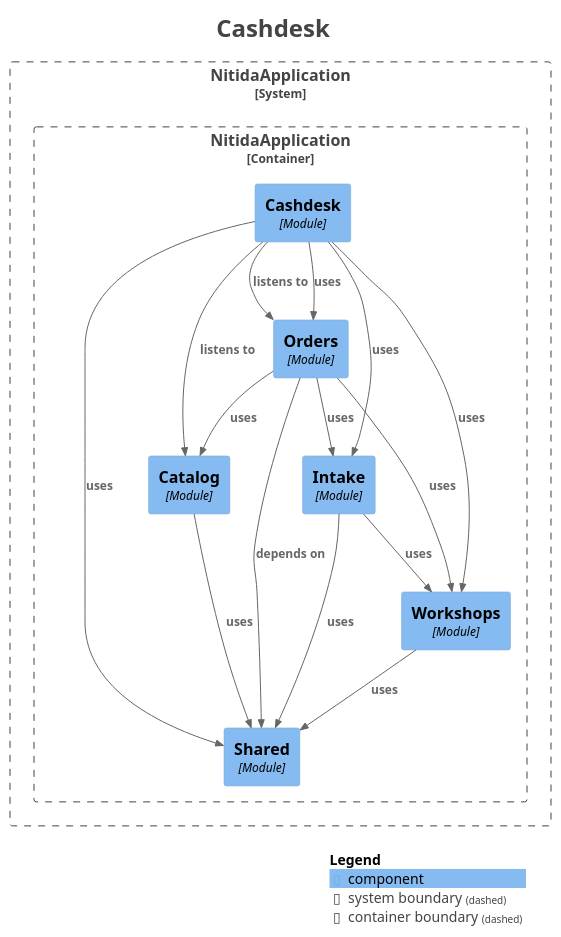
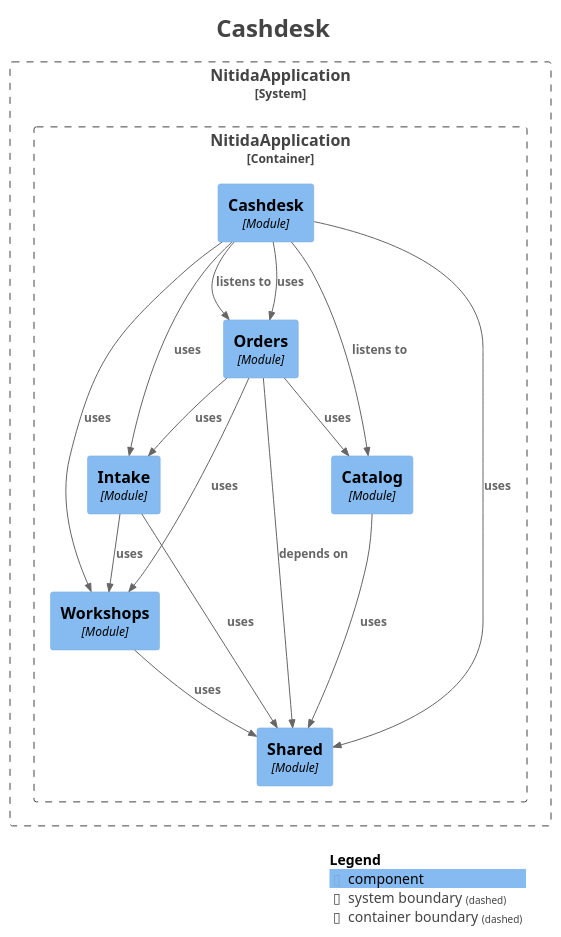
One commit to Nicolas-12000/Nitida changed the diagram in docs/modulos/module-cashdesk.puml. Above: the diagram before and after it, drawn with PlantUML. The commit also changed other lines of this file and 13 other files, not shown here.

```diff
--- a/docs/modulos/module-cashdesk.puml
+++ b/docs/modulos/module-cashdesk.puml
@@ -1,47 +1,47 @@
 @startuml
 title <size:24>Cashdesk</size>
 
 set separator none
 top to bottom direction
 
 <style>
   root {
     BackgroundColor: #ffffff
     FontColor: #444444
   }
 </style>
 
 !include <C4/C4>
 !include <C4/C4_Context>
 !include <C4/C4_Component>
 
 System_Boundary("NitidaApplication_boundary", "NitidaApplication", $tags="") {
   Container_Boundary("NitidaApplication.NitidaApplication_boundary", "NitidaApplication", $tags="") {
+    Component(NitidaApplication.NitidaApplication.Intake, "Intake", $techn="Module", $descr="", $tags="", $link="")
     Component(NitidaApplication.NitidaApplication.Orders, "Orders", $techn="Module", $descr="", $tags="", $link="")
     Component(NitidaApplication.NitidaApplication.Cashdesk, "Cashdesk", $techn="Module", $descr="", $tags="", $link="")
     Component(NitidaApplication.NitidaApplication.Shared, "Shared", $techn="Module", $descr="", $tags="", $link="")
     Component(NitidaApplication.NitidaApplication.Catalog, "Catalog", $techn="Module", $descr="", $tags="", $link="")
     Component(NitidaApplication.NitidaApplication.Workshops, "Workshops", $techn="Module", $descr="", $tags="", $link="")
-    Component(NitidaApplication.NitidaApplication.Intake, "Intake", $techn="Module", $descr="", $tags="", $link="")
   }
 
 }
 
+Rel(NitidaApplication.NitidaApplication.Workshops, NitidaApplication.NitidaApplication.Shared, "uses", $techn="", $tags="", $link="")
 Rel(NitidaApplication.NitidaApplication.Orders, NitidaApplication.NitidaApplication.Shared, "depends on", $techn="", $tags="", $link="")
 Rel(NitidaApplication.NitidaApplication.Orders, NitidaApplication.NitidaApplication.Catalog, "uses", $techn="", $tags="", $link="")
 Rel(NitidaApplication.NitidaApplication.Orders, NitidaApplication.NitidaApplication.Workshops, "uses", $techn="", $tags="", $link="")
 Rel(NitidaApplication.NitidaApplication.Orders, NitidaApplication.NitidaApplication.Intake, "uses", $techn="", $tags="", $link="")
 Rel(NitidaApplication.NitidaApplication.Catalog, NitidaApplication.NitidaApplication.Shared, "uses", $techn="", $tags="", $link="")
-Rel(NitidaApplication.NitidaApplication.Intake, NitidaApplication.NitidaApplication.Shared, "uses", $techn="", $tags="", $link="")
-Rel(NitidaApplication.NitidaApplication.Intake, NitidaApplication.NitidaApplication.Workshops, "uses", $techn="", $tags="", $link="")
+Rel(NitidaApplication.NitidaApplication.Cashdesk, NitidaApplication.NitidaApplication.Orders, "listens to", $techn="", $tags="", $link="")
 Rel(NitidaApplication.NitidaApplication.Cashdesk, NitidaApplication.NitidaApplication.Catalog, "listens to", $techn="", $tags="", $link="")
-Rel(NitidaApplication.NitidaApplication.Cashdesk, NitidaApplication.NitidaApplication.Orders, "listens to", $techn="", $tags="", $link="")
 Rel(NitidaApplication.NitidaApplication.Cashdesk, NitidaApplication.NitidaApplication.Orders, "uses", $techn="", $tags="", $link="")
 Rel(NitidaApplication.NitidaApplication.Cashdesk, NitidaApplication.NitidaApplication.Workshops, "uses", $techn="", $tags="", $link="")
 Rel(NitidaApplication.NitidaApplication.Cashdesk, NitidaApplication.NitidaApplication.Shared, "uses", $techn="", $tags="", $link="")
 Rel(NitidaApplication.NitidaApplication.Cashdesk, NitidaApplication.NitidaApplication.Intake, "uses", $techn="", $tags="", $link="")
-Rel(NitidaApplication.NitidaApplication.Workshops, NitidaApplication.NitidaApplication.Shared, "uses", $techn="", $tags="", $link="")
+Rel(NitidaApplication.NitidaApplication.Intake, NitidaApplication.NitidaApplication.Shared, "uses", $techn="", $tags="", $link="")
+Rel(NitidaApplication.NitidaApplication.Intake, NitidaApplication.NitidaApplication.Workshops, "uses", $techn="", $tags="", $link="")
 
 SHOW_LEGEND(true)
 hide stereotypes
 @enduml
```
